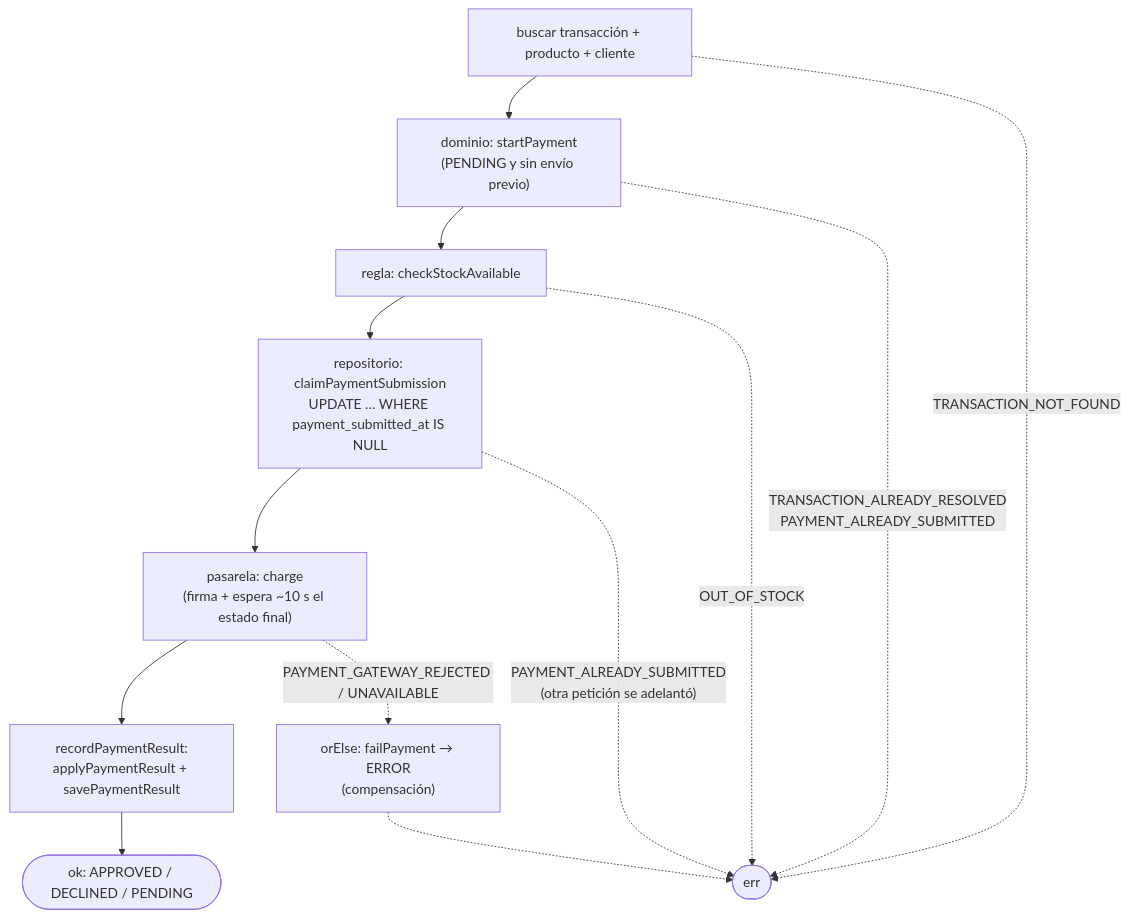
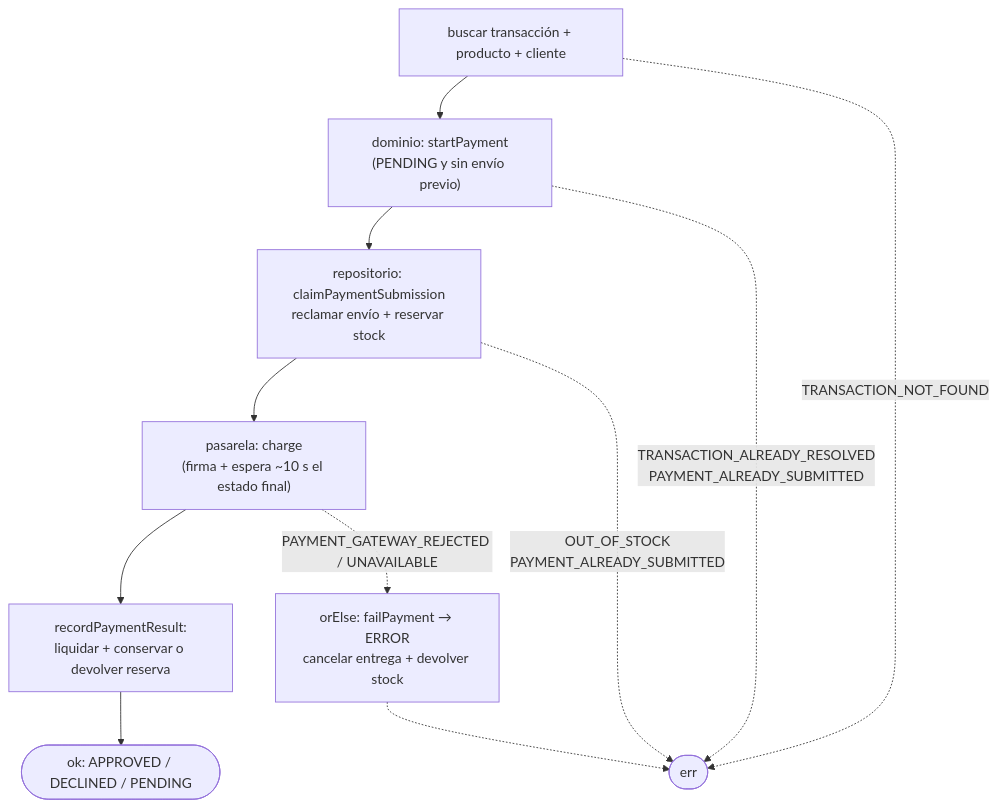
The fifth of 5 diagrams in backend/docs/arquitectura/hexagonal-ddd-rop.md (Manuelortegaj11/checkout-app), drawn with Mermaid before and after one commit. The commit also changed other lines of this file and 3 other files, not shown here.

````diff
--- a/backend/docs/arquitectura/hexagonal-ddd-rop.md
+++ b/backend/docs/arquitectura/hexagonal-ddd-rop.md
@@ -666,14 +666,12 @@
 ```mermaid
 flowchart TD
     A["buscar transacción + producto + cliente"] --> B["dominio: startPayment<br/>(PENDING y sin envío previo)"]
-    B --> C["regla: checkStockAvailable"]
-    C --> D["repositorio: claimPaymentSubmission<br/>UPDATE … WHERE payment_submitted_at IS NULL"]
-    D --> E["pasarela: charge<br/>(firma + espera ~10 s el estado final)"]
-    E --> F["recordPaymentResult:<br/>applyPaymentResult + savePaymentResult"]
-    F --> OK([ok: APPROVED / DECLINED / PENDING])
+    B --> C["repositorio: claimPaymentSubmission<br/>reclamar envío + reservar stock"]
+    C --> D["pasarela: charge<br/>(firma + espera ~10 s el estado final)"]
+    D --> E["recordPaymentResult:<br/>liquidar + conservar o devolver reserva"]
+    E --> OK([ok: APPROVED / DECLINED / PENDING])
     A -. "TRANSACTION_NOT_FOUND" .-> KO([err])
     B -. "TRANSACTION_ALREADY_RESOLVED<br/>PAYMENT_ALREADY_SUBMITTED" .-> KO
-    C -. "OUT_OF_STOCK" .-> KO
-    D -. "PAYMENT_ALREADY_SUBMITTED<br/>(otra petición se adelantó)" .-> KO
-    E -. "PAYMENT_GATEWAY_REJECTED / UNAVAILABLE" .-> COMP["orElse: failPayment → ERROR<br/>(compensación)"] -.-> KO
+    C -. "OUT_OF_STOCK<br/>PAYMENT_ALREADY_SUBMITTED" .-> KO
+    D -. "PAYMENT_GATEWAY_REJECTED / UNAVAILABLE" .-> COMP["orElse: failPayment → ERROR<br/>cancelar entrega + devolver stock"] -.-> KO
 ```
````
